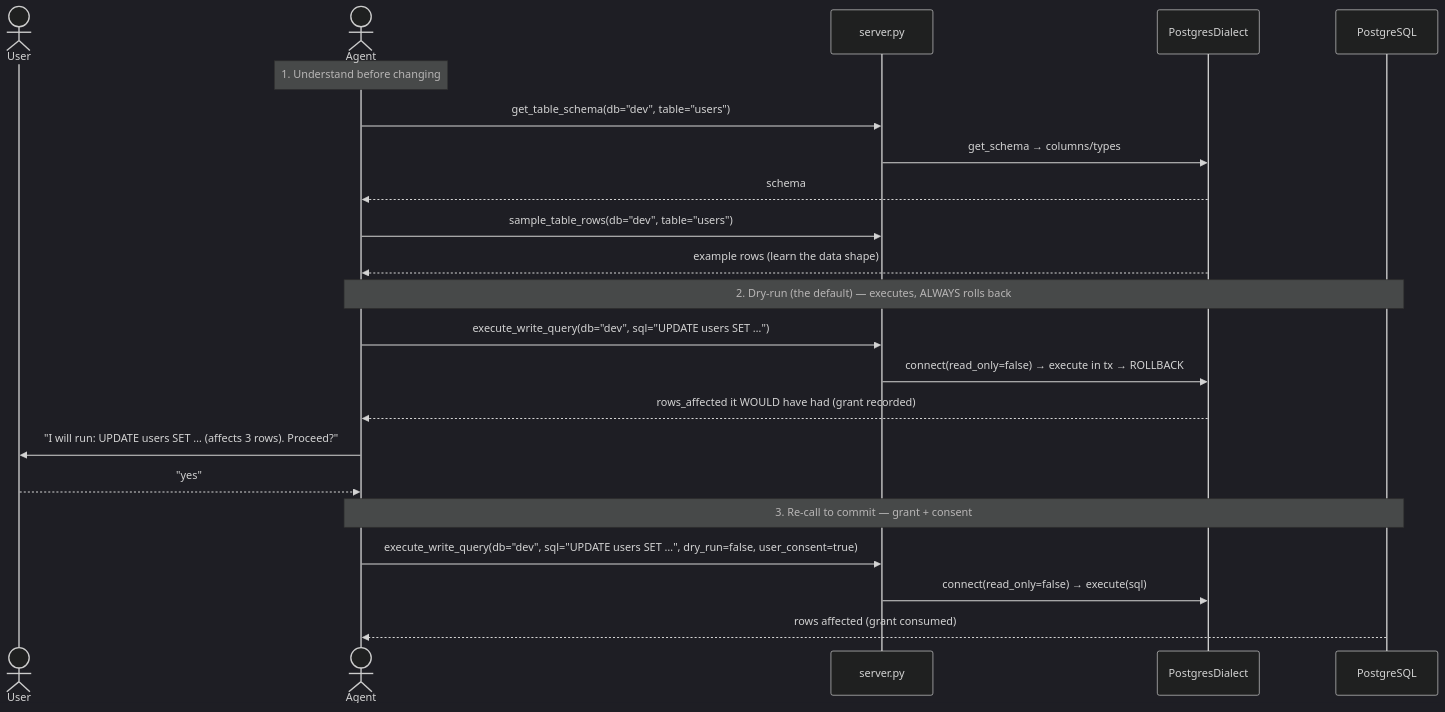
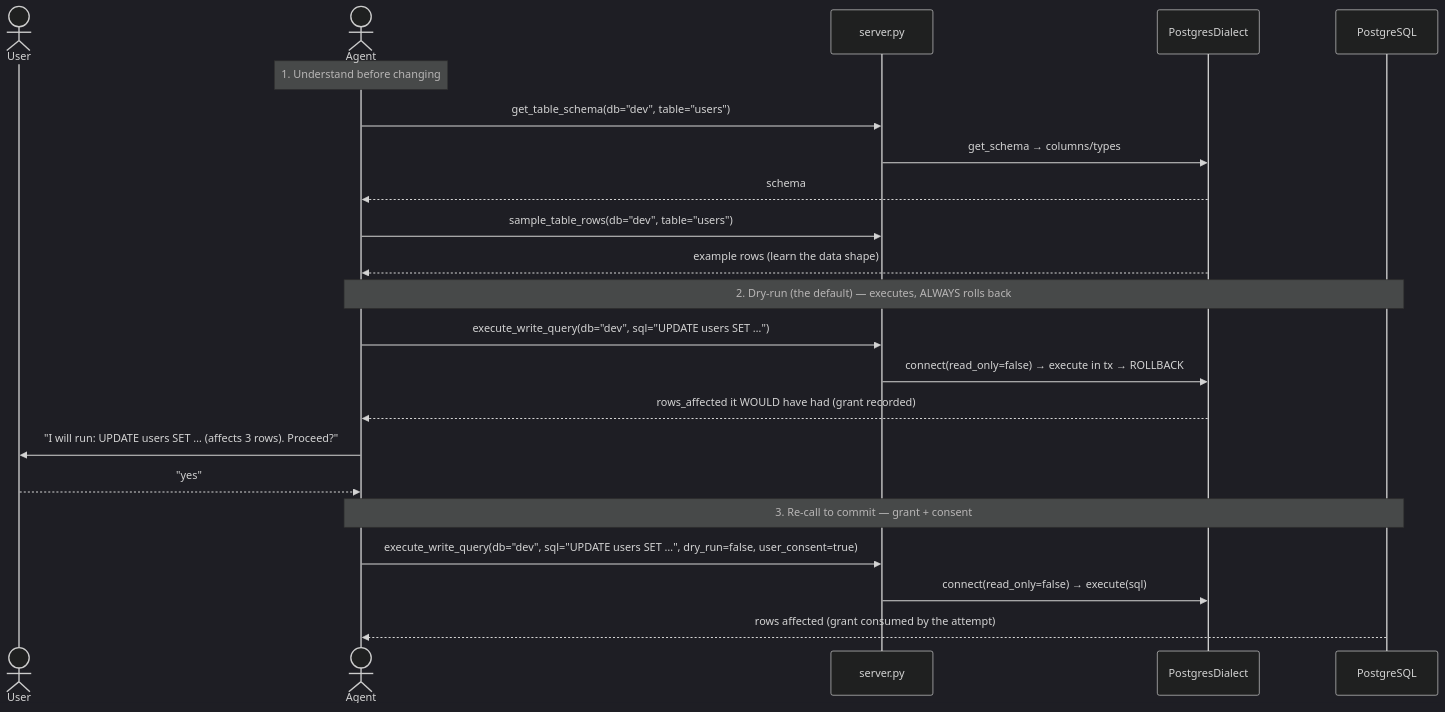
The fourth of 7 diagrams in docs/ARCHITECTURE.md (Idle-Sync/db-conn-mcp), drawn with Mermaid (dark theme) before and after one commit. The commit also changed other lines of this file and 7 other files, not shown here.

````diff
--- a/docs/ARCHITECTURE.md
+++ b/docs/ARCHITECTURE.md
@@ -184,28 +184,28 @@
 ```mermaid
 sequenceDiagram
     actor User
     actor Agent
     participant Server as server.py
     participant PG as PostgresDialect
     participant DB as PostgreSQL
 
     Note over Agent: 1. Understand before changing
     Agent->>Server: get_table_schema(db="dev", table="users")
     Server->>PG: get_schema → columns/types
     PG-->>Agent: schema
     Agent->>Server: sample_table_rows(db="dev", table="users")
     PG-->>Agent: example rows (learn the data shape)
 
     Note over Agent,DB: 2. Dry-run (the default) — executes, ALWAYS rolls back
     Agent->>Server: execute_write_query(db="dev", sql="UPDATE users SET …")
     Server->>PG: connect(read_only=false) → execute in tx → ROLLBACK
     PG-->>Agent: rows_affected it WOULD have had (grant recorded)
 
     Agent->>User: "I will run:  UPDATE users SET … (affects 3 rows). Proceed?"
     User-->>Agent: "yes"
 
     Note over Agent,DB: 3. Re-call to commit — grant + consent
     Agent->>Server: execute_write_query(db="dev", sql="UPDATE users SET …", dry_run=false, user_consent=true)
     Server->>PG: connect(read_only=false) → execute(sql)
-    DB-->>Agent: rows affected (grant consumed)
+    DB-->>Agent: rows affected (grant consumed by the attempt)
 ```
````
